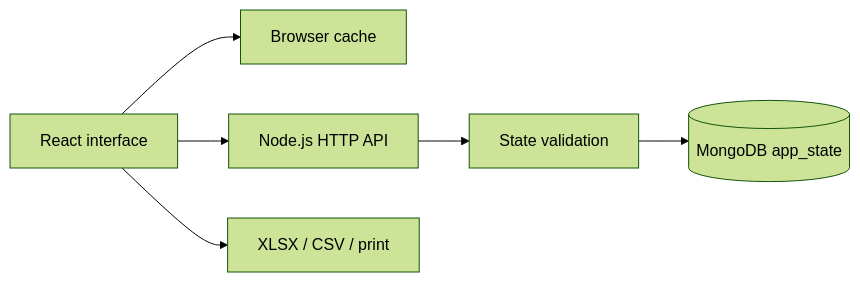
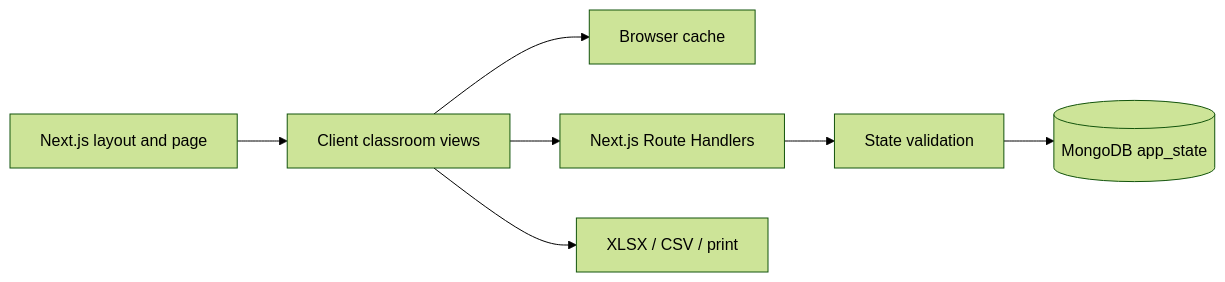
One commit to mohsenPourAzar/classyar changed the diagram in docs/ARCHITECTURE.md. Above: the diagram before and after it, drawn with Mermaid (forest theme). The commit also changed other lines of this file and 78 other files, not shown here.

````diff
--- a/docs/ARCHITECTURE.md
+++ b/docs/ARCHITECTURE.md
@@ -7,8 +7,9 @@
 ```mermaid
 flowchart LR
-  UI[React interface] --> Cache[Browser cache]
-  UI --> API[Node.js HTTP API]
+  Layout[Next.js layout and page] --> UI[Client classroom views]
+  UI --> Cache[Browser cache]
+  UI --> API[Next.js Route Handlers]
   API --> Validation[State validation]
   Validation --> DB[(MongoDB app_state)]
   UI --> Reports[XLSX / CSV / print]
 ```
````
